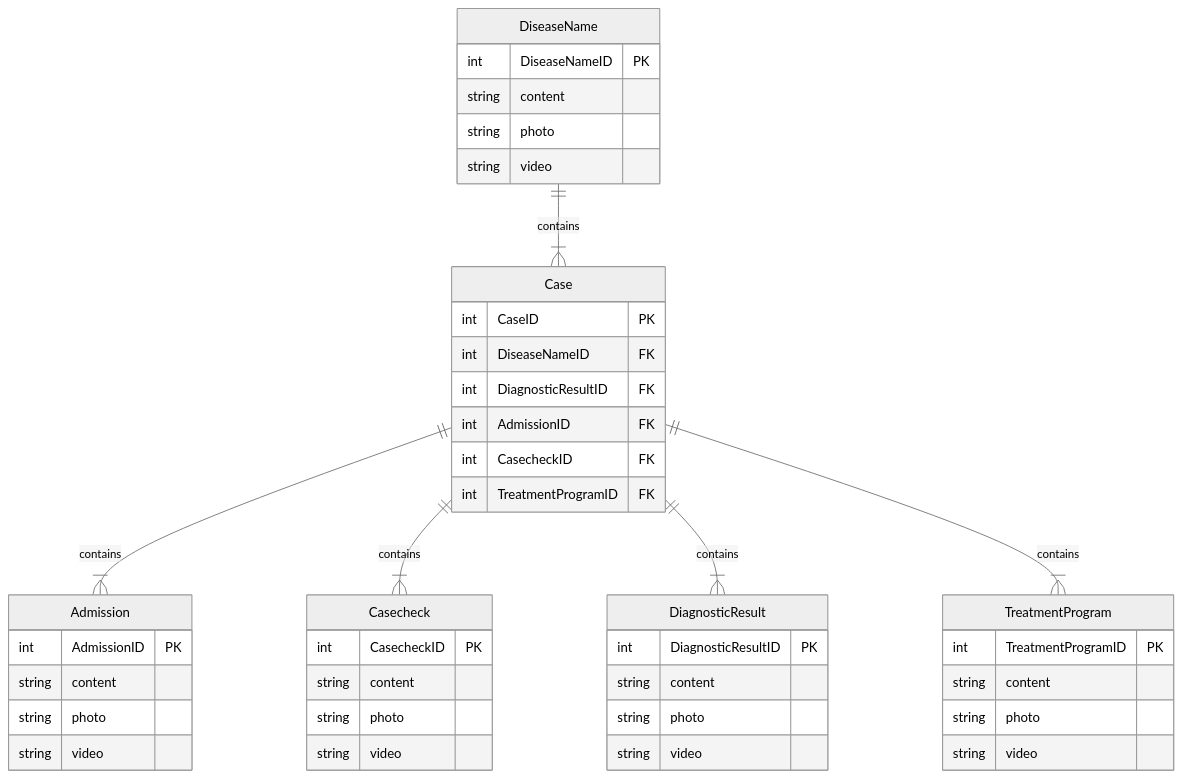
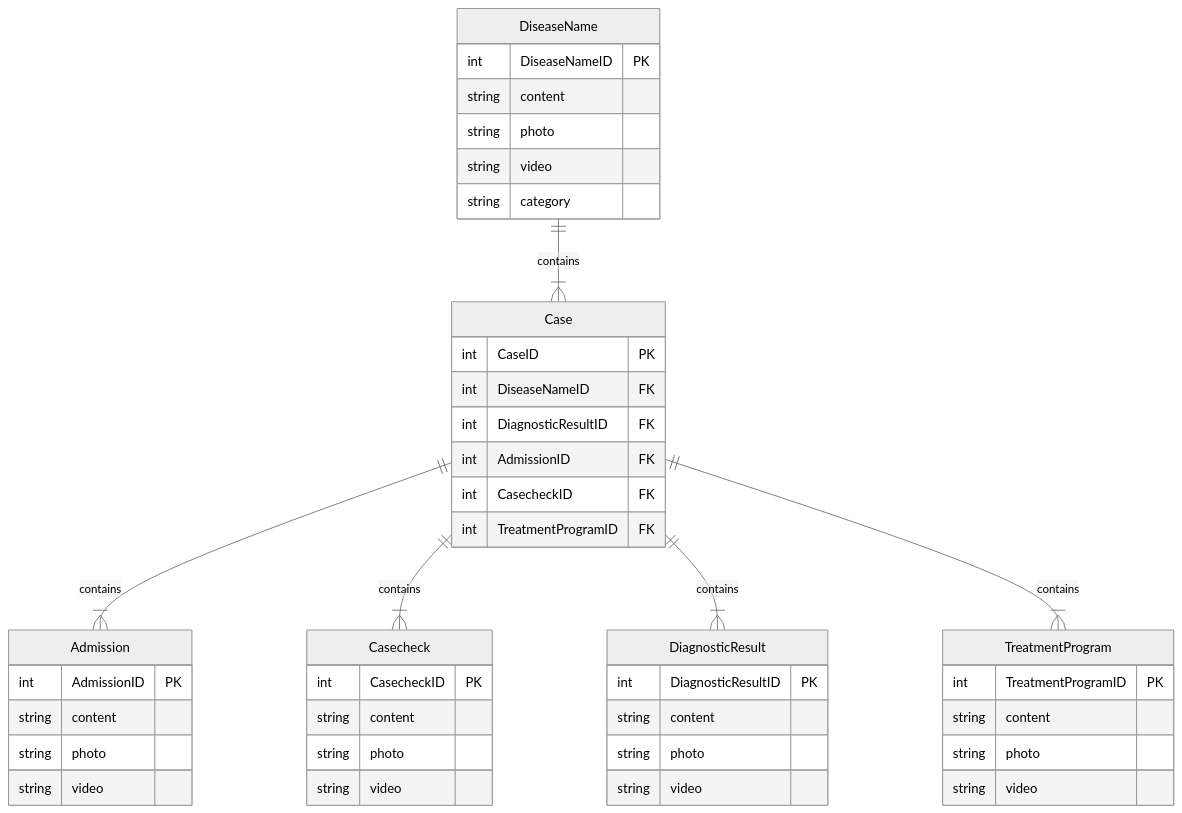
Before and after one commit to SoftwareDevelopmentPractice6/virtualPetHospital-backend: the first of 2 diagrams in medicalRecordManagement/README.md, drawn with Mermaid (neutral theme). The commit also changed 1 other file, not shown here.

````diff
--- a/medicalRecordManagement/README.md
+++ b/medicalRecordManagement/README.md
@@ -22,47 +22,48 @@
 ``` mermaid
 erDiagram
 
     Case {
         int CaseID PK
         int DiseaseNameID FK
         int DiagnosticResultID FK
         int AdmissionID FK
         int CasecheckID FK
         int TreatmentProgramID FK
     }
     DiseaseName ||--|{ Case : contains
     Case ||--|{ Admission : contains
     Case ||--|{ Casecheck : contains
     Case ||--|{ DiagnosticResult : contains
     Case ||--|{ TreatmentProgram : contains
     DiseaseName {
         int DiseaseNameID PK
         string content
         string photo
         string video
+        string category
     }
     DiagnosticResult {
         int DiagnosticResultID PK
         string content
         string photo
         string video
     }
     Admission {
         int AdmissionID PK
         string content
         string photo
         string video
     }
     Casecheck {
         int CasecheckID PK
         string content
         string photo
         string video
     }
     TreatmentProgram {
         int TreatmentProgramID PK
         string content
         string photo
         string video
     }
 ```
````
